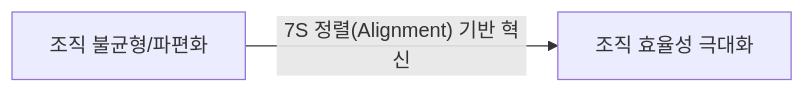
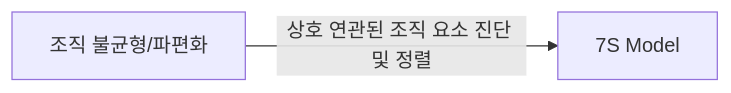
One commit to jeonck/fw-thinking changed the first of 3 diagrams in docs/01-it-governance/7s-model.md. Above: the diagram before and after it, drawn with Mermaid. The commit also changed other lines of this file and 123 other files, not shown here.

````diff
--- a/docs/01-it-governance/7s-model.md
+++ b/docs/01-it-governance/7s-model.md
@@ -9,4 +10,4 @@
 ```mermaid
 flowchart LR
-    A["조직 불균형/파편화"] -- "7S 정렬(Alignment) 기반 혁신" --> B["조직 효율성 극대화"]
+    A["조직 불균형/파편화"] -- "상호 연관된 조직 요소 진단 및 정렬" --> B["7S Model"]
 ```
````
